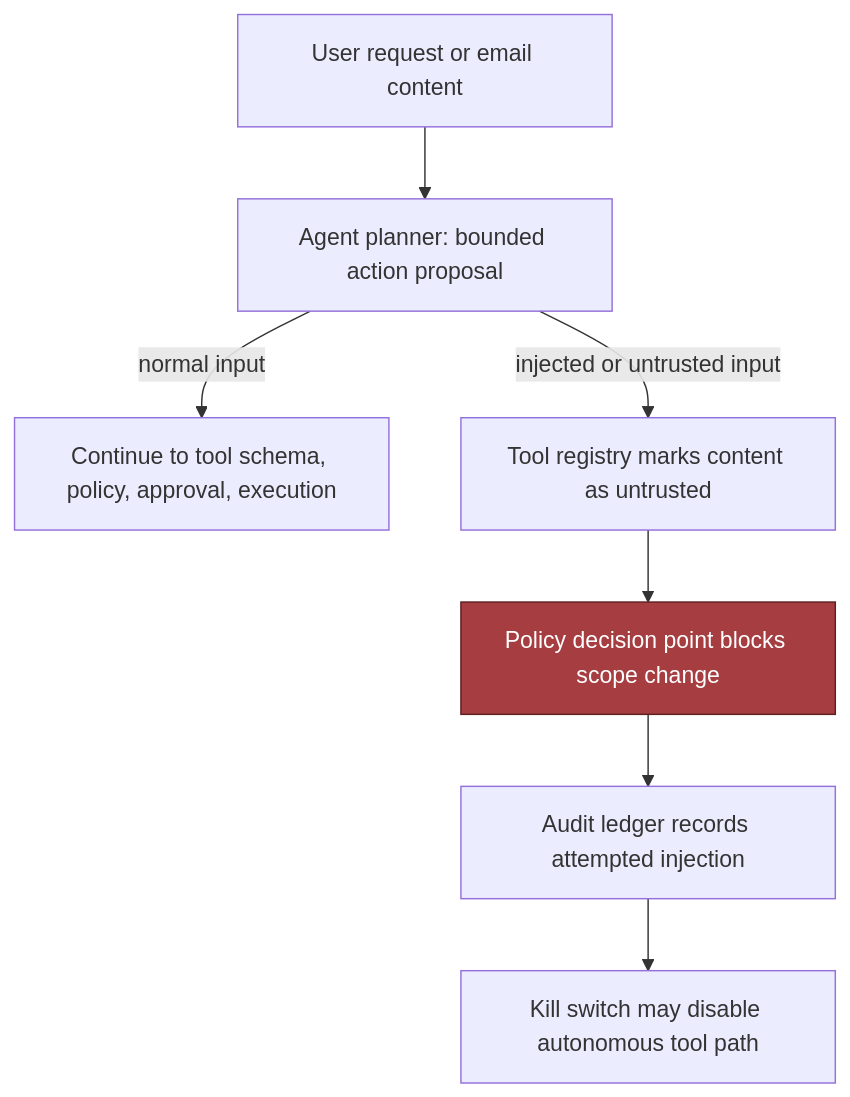
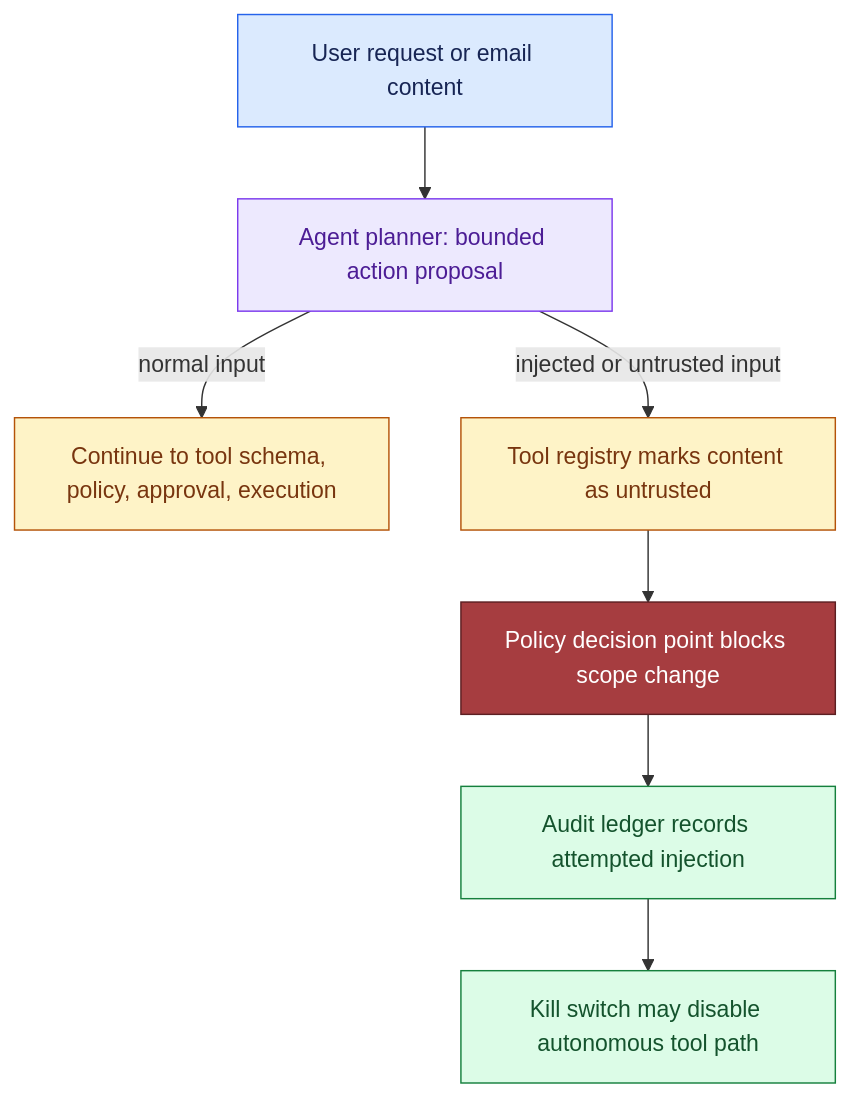
The sixth of 6 diagrams in site/content/modules/15-fde-case-studies/agents-that-act/tool-using-agent-with-safety-controls/full-pack-part-2.md (Sourav692/Forward-Deployed-Engineer-Interview-Prep), drawn with Mermaid before and after one commit. The commit also changed other lines of this file and 1268 other files, not shown here.

First line of the commit message:
content: polish Casebook writing and Mermaid diagrams (#251)

````diff
--- a/site/content/modules/15-fde-case-studies/agents-that-act/tool-using-agent-with-safety-controls/full-pack-part-2.md
+++ b/site/content/modules/15-fde-case-studies/agents-that-act/tool-using-agent-with-safety-controls/full-pack-part-2.md
@@ -185,10 +314,20 @@
 ```mermaid
 flowchart TD
   REQ["User request or email content"] --> PLAN["Agent planner: bounded action proposal"]
   PLAN -->|normal input| CONT["Continue to tool schema, policy, approval, execution"]
   PLAN -->|injected or untrusted input| MARK["Tool registry marks content as untrusted"]
   MARK --> BLOCK["Policy decision point blocks scope change"]
   BLOCK --> AUDIT["Audit ledger records attempted injection"]
   AUDIT --> KILL["Kill switch may disable autonomous tool path"]
   style BLOCK fill:#a63d40,stroke:#5c1f22,color:#fff
+
+    %% Casebook colours: entry, reasoning, results, controls, and stopped paths.
+    classDef cbInput fill:#dbeafe,stroke:#2563eb,color:#172554
+    class REQ cbInput
+    classDef cbReason fill:#ede9fe,stroke:#7c3aed,color:#4c1d95
+    class PLAN cbReason
+    classDef cbPolicy fill:#fef3c7,stroke:#b45309,color:#78350f
+    class CONT,MARK,BLOCK cbPolicy
+    classDef cbAction fill:#dcfce7,stroke:#15803d,color:#14532d
+    class AUDIT,KILL cbAction
 ```
````
